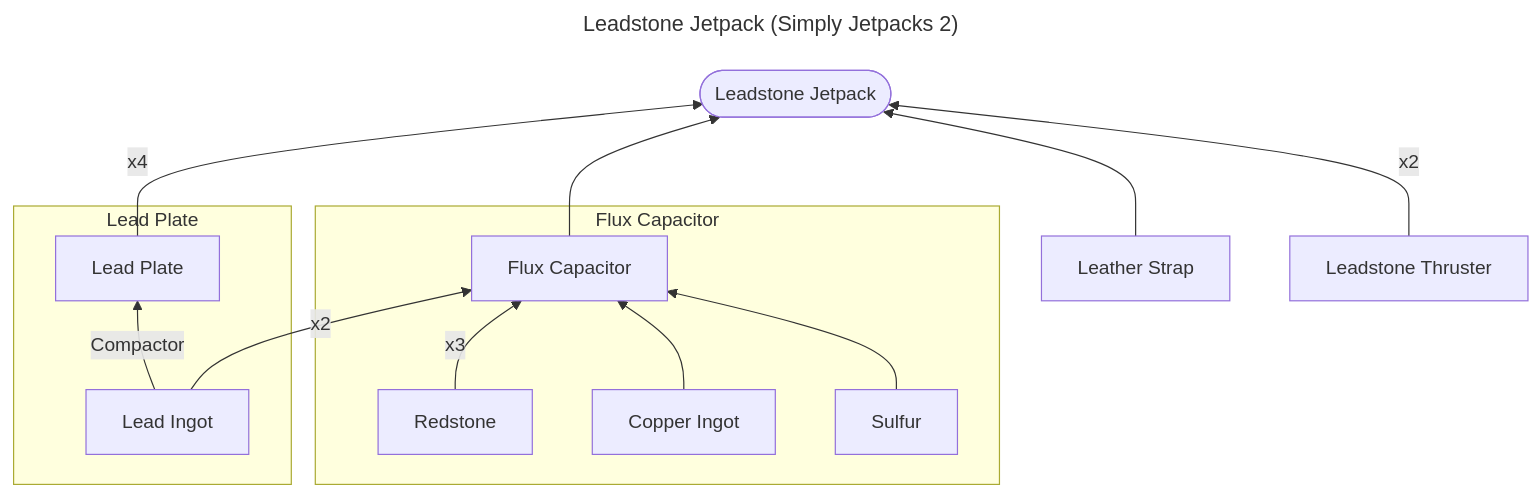
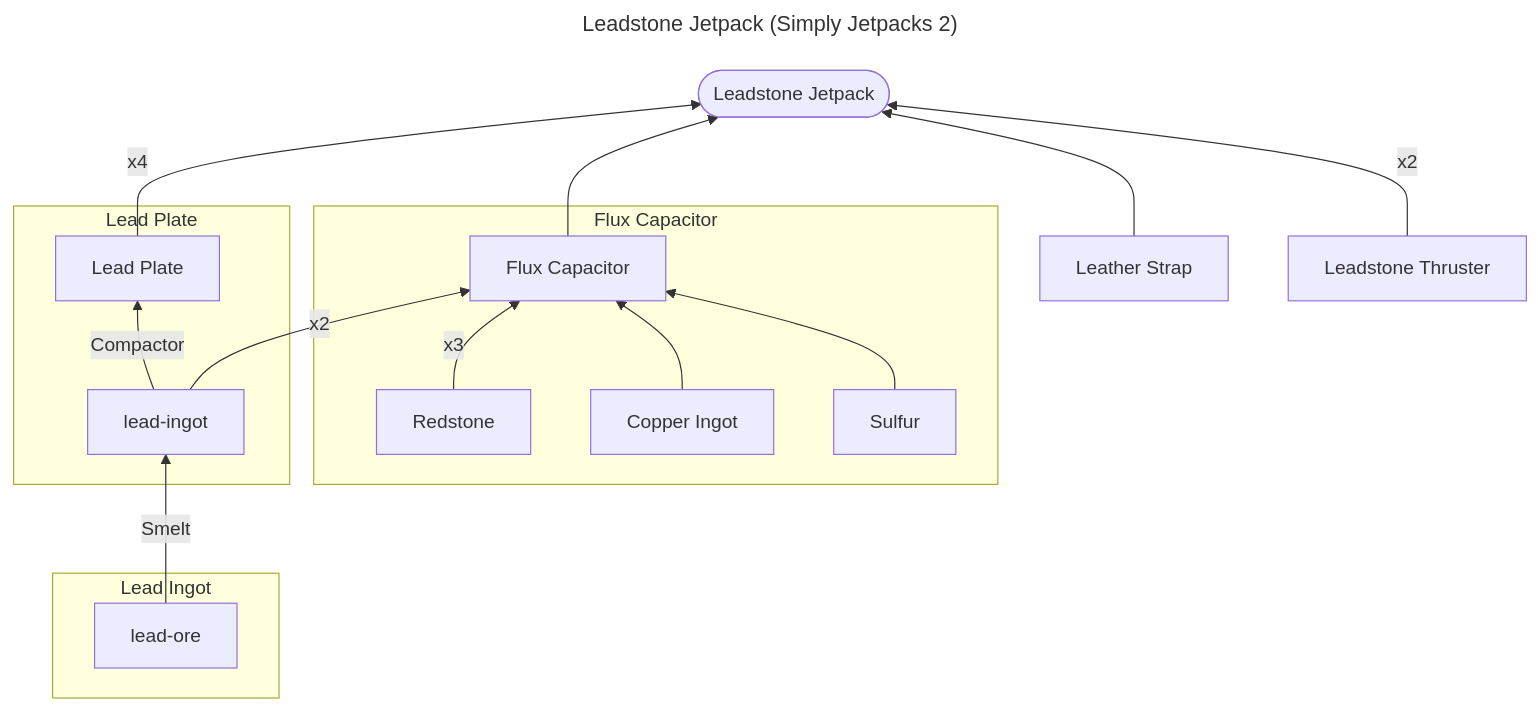
The diagram in leadstone-backpack.md (res0nat0r/minecraft), drawn with Mermaid before and after one commit.

````diff
--- a/leadstone-backpack.md
+++ b/leadstone-backpack.md
@@ -1,30 +1,35 @@
 ```mermaid
 ---
 title: Leadstone Jetpack (Simply Jetpacks 2)
 ---
 
 flowchart BT
 
 leadstone-jetpack([Leadstone Jetpack])
 
 %% Tier 1
 lead-plate[Lead Plate] --> |x4| leadstone-jetpack
 flux-capacitor[Flux Capacitor] --> leadstone-jetpack
 leather-strap[Leather Strap] --> leadstone-jetpack
 leadstone-thruster[Leadstone Thruster]--> |x2| leadstone-jetpack
 
 %% Lead Plate
 subgraph sg-lead-plate [Lead Plate]
-    lead-ingot[Lead Ingot] --> |Compactor| lead-plate
+    lead-ingot --> |Compactor| lead-plate
+end
+
+%% Lead Ingot
+subgraph sg-lead-ingot [Lead Ingot]
+    lead-ore --> |Smelt| lead-ingot
 end
 
 %% Flux Capacitor
 subgraph sg-flux-capacitor [Flux Capacitor]
     lead-ingot --> |x2| flux-capacitor
     redstone[Redstone] --> |x3| flux-capacitor
     copper-ingot[Copper Ingot] --> flux-capacitor
     sulfur[Sulfur] --> flux-capacitor
 end
     
 
 ```
````
